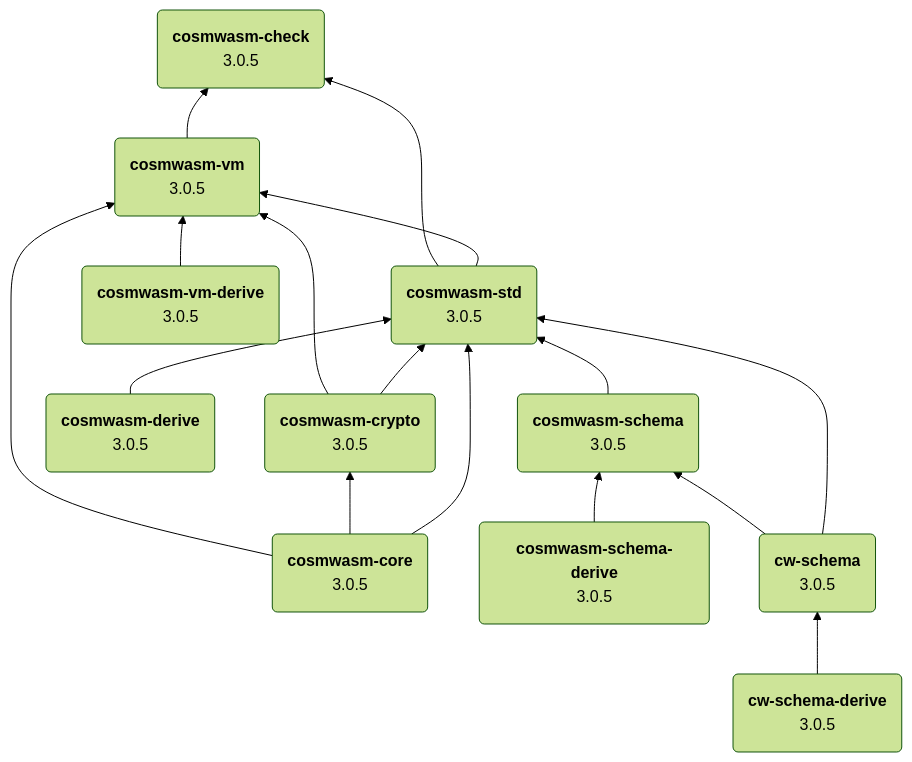
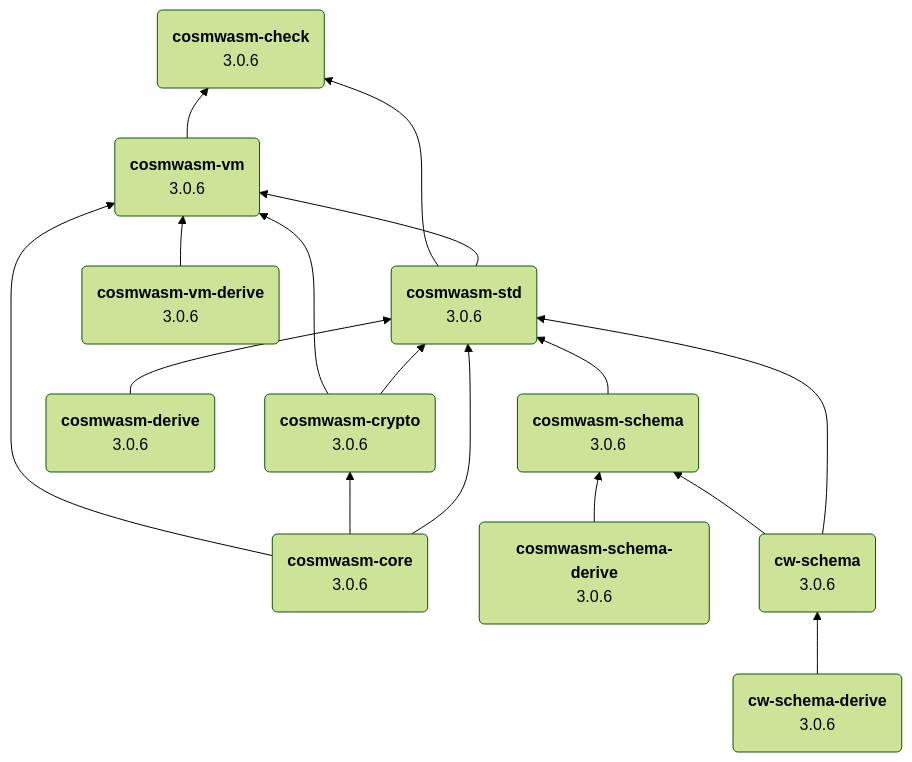
The diagram in README.md (CosmWasm/cosmwasm), drawn with Mermaid before and after one commit. The commit also changed 21 other files, not shown here.

````diff
--- a/README.md
+++ b/README.md
@@ -115,56 +115,56 @@
 ```mermaid
 ---
 config:
   theme: 'forest'
 ---
 
 graph BT
     A("`**cosmwasm-core**
-        3.0.5`")
+        3.0.6`")
  
     B("`**cosmwasm-std**
-        3.0.5`")
+        3.0.6`")
  
     C("`**cosmwasm-crypto**
-        3.0.5`")
+        3.0.6`")
         
     D("`**cosmwasm-vm**
-        3.0.5`")
+        3.0.6`")
         
     E("`**cosmwasm-vm-derive**
-        3.0.5`")
+        3.0.6`")
         
     F("`**cosmwasm-derive**
-        3.0.5`")    
+        3.0.6`")
         
     G("`**cosmwasm-schema**
-        3.0.5`")
+        3.0.6`")
 
     H("`**cosmwasm-schema-derive**
-        3.0.5`")
+        3.0.6`")
         
     I("`**cosmwasm-check**
-        3.0.5`")
+        3.0.6`")
         
     J("`**cw-schema**
-        3.0.5`")
+        3.0.6`")
 
     K("`**cw-schema-derive**
-        3.0.5`")
+        3.0.6`")
         
     A --> B
     A --> C
     A --> D
     C --> B
     C --> D
     B --> D
     E --> D
     F --> B
     H --> G
     B --> I
     D --> I
     G --> B
     J --> B
     J --> G
     K --> J
 ```
````
